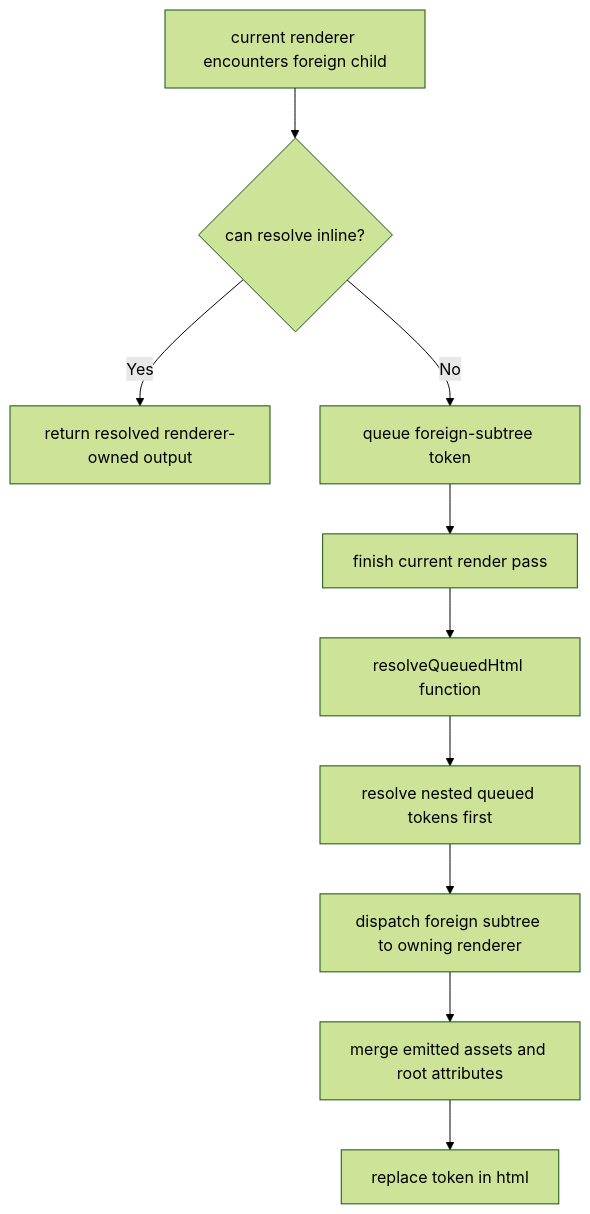
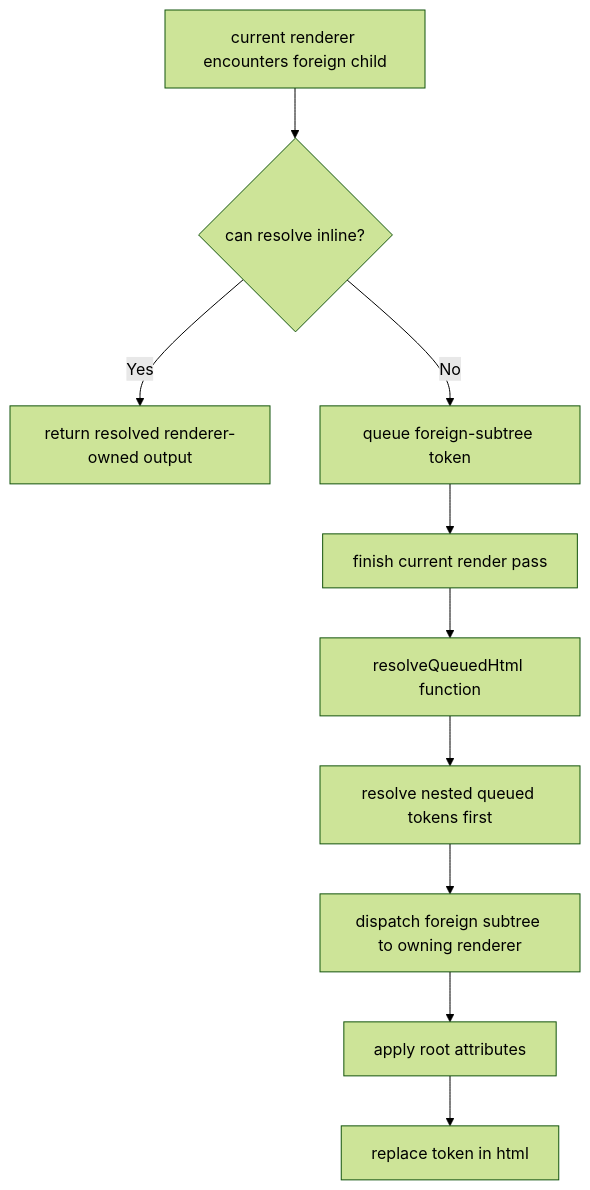
One commit to ecopages/ecopages changed the fourth of 5 diagrams in packages/core/src/route-renderer/GRAPH.md. Above: the diagram before and after it, drawn with Mermaid (forest theme). The commit also changed other lines of this file and 40 other files, not shown here.

````diff
--- a/packages/core/src/route-renderer/GRAPH.md
+++ b/packages/core/src/route-renderer/GRAPH.md
@@ -83,12 +83,12 @@
 ```mermaid
 flowchart TD
   A[current renderer encounters foreign child] --> B{can resolve inline?}
   B -- Yes --> C[return resolved renderer-owned output]
   B -- No --> D[queue foreign-subtree token]
   D --> E[finish current render pass]
   E --> F[resolveQueuedHtml function]
   F --> G[resolve nested queued tokens first]
   G --> H[dispatch foreign subtree to owning renderer]
-  H --> I[merge emitted assets and root attributes]
+  H --> I[apply root attributes]
   I --> J[replace token in html]
 ```
````
